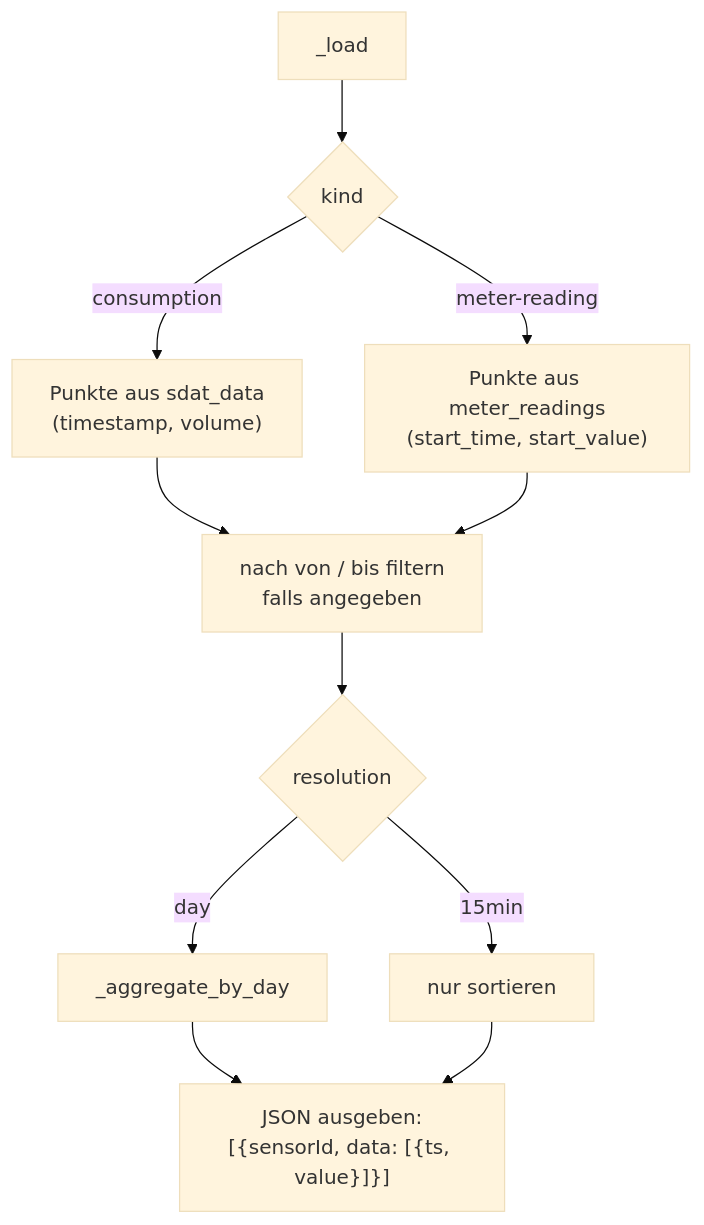
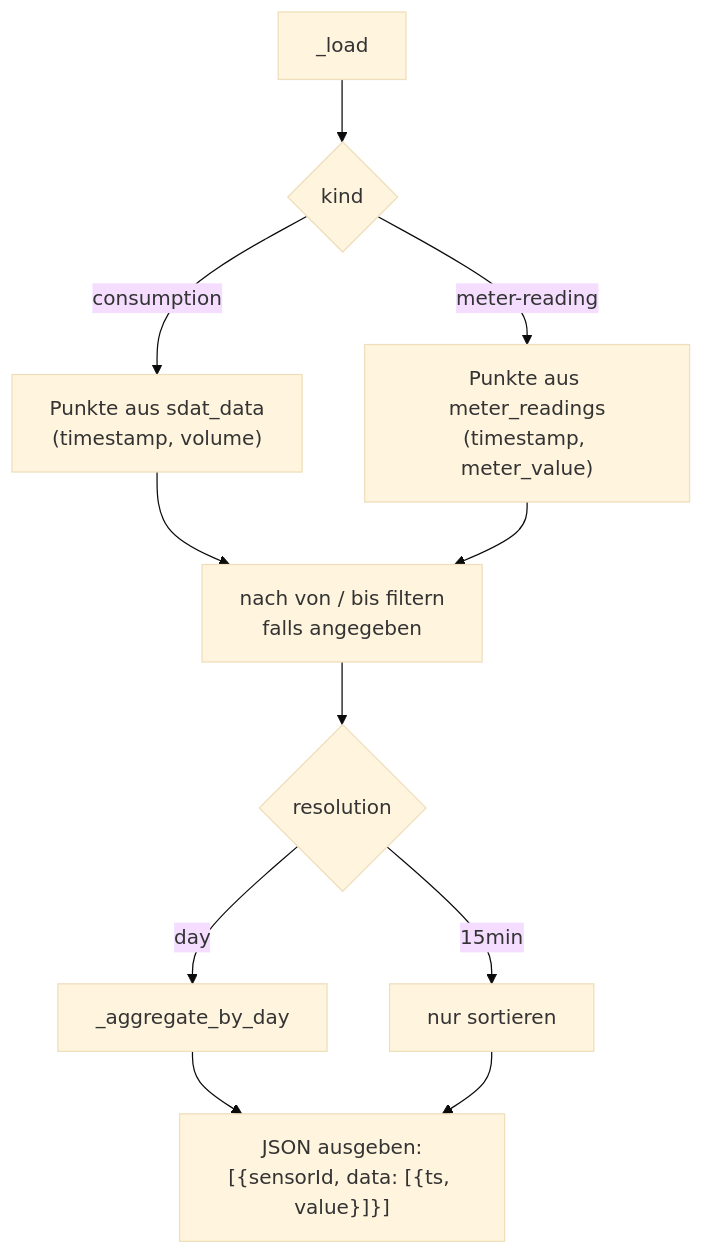
Before and after one commit to im24b-seminaral/volt-trace: diagram 11 of 13 in PYTHON.md, drawn with Mermaid (base theme). The commit also changed other lines of this file and 9 other files, not shown here.

First line of the commit message:
Refactor meter reading model and analysis logic

````diff
--- a/PYTHON.md
+++ b/PYTHON.md
@@ -919,13 +934,13 @@
 ```mermaid
 flowchart TD
     A["_load"] --> B{"kind"}
     B -->|consumption| C["Punkte aus sdat_data<br/>(timestamp, volume)"]
-    B -->|meter-reading| D["Punkte aus meter_readings<br/>(start_time, start_value)"]
+    B -->|meter-reading| D["Punkte aus meter_readings<br/>(timestamp, meter_value)"]
     C --> E["nach von / bis filtern<br/>falls angegeben"]
     D --> E
     E --> F{"resolution"}
     F -->|day| G["_aggregate_by_day"]
     F -->|15min| H["nur sortieren"]
     G --> I["JSON ausgeben:<br/>[{sensorId, data: [{ts, value}]}]"]
     H --> I
 ```
````
